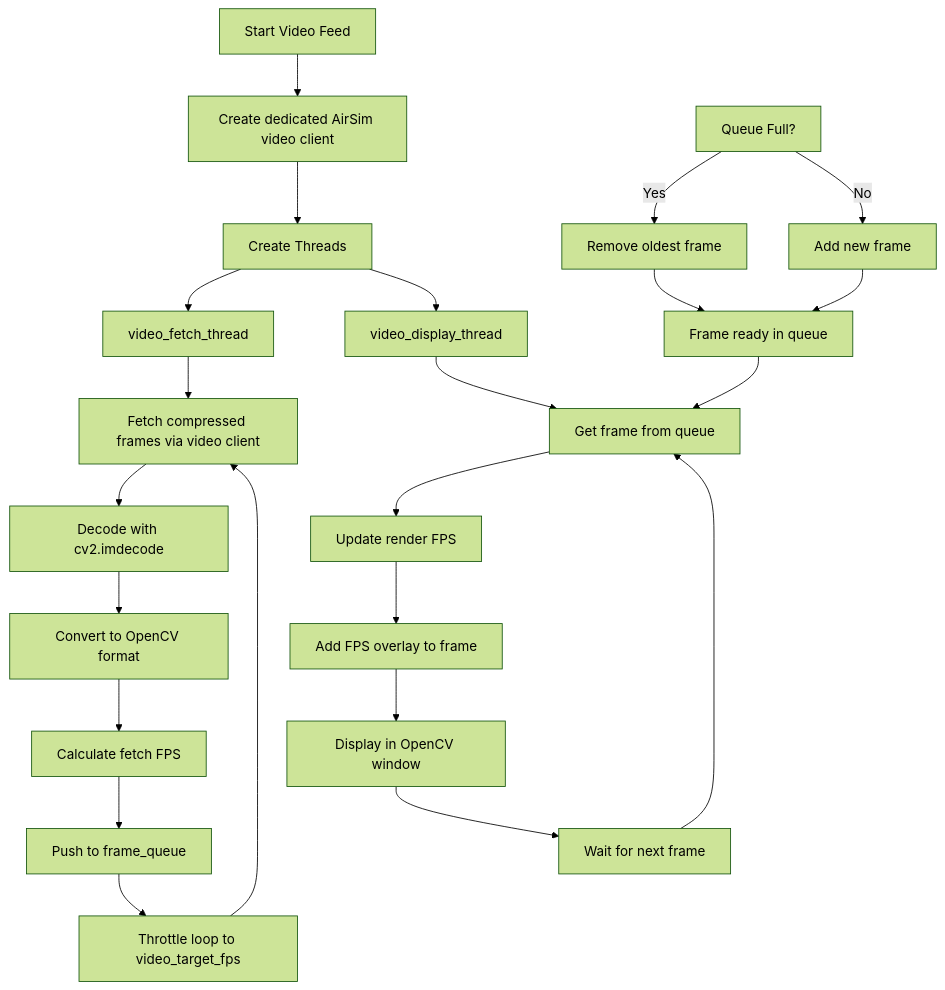
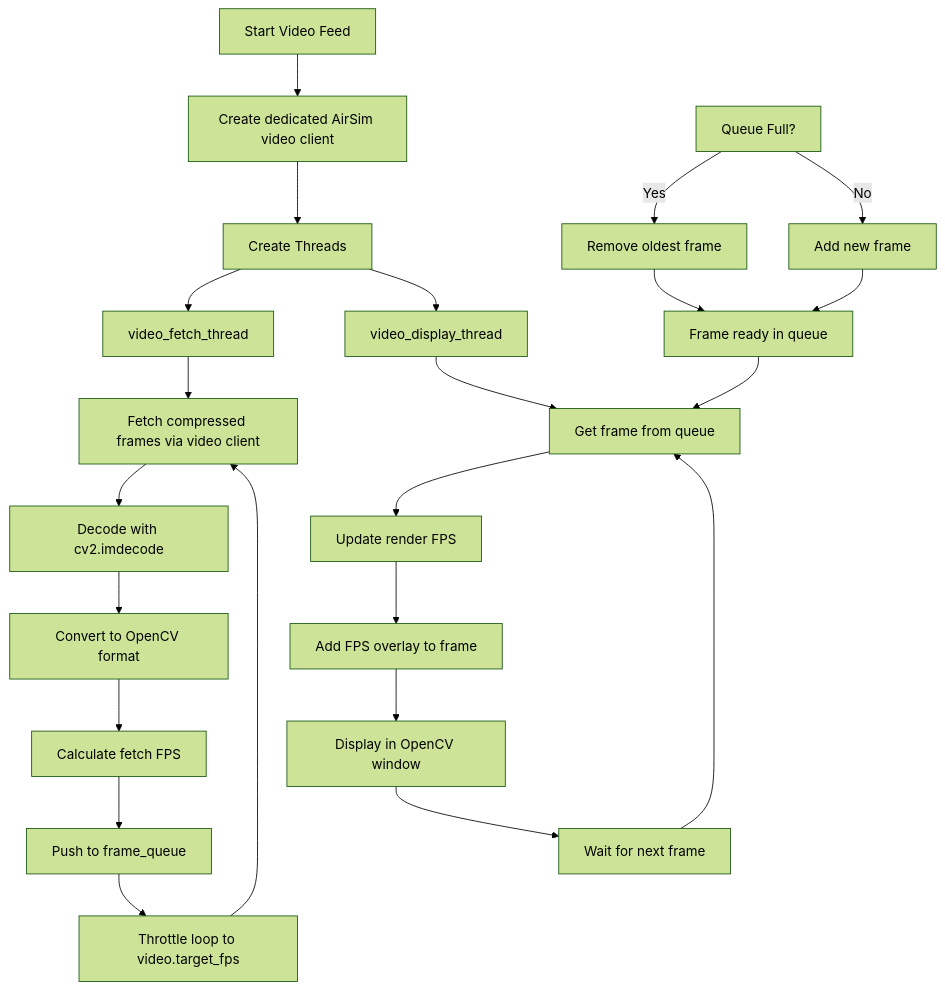
The diagram in docs/camera_pipeline.md (ammarmalik17/px4-airsim-ros2-control), drawn with Mermaid (forest theme) before and after one commit. The commit also changed 1 other file, not shown here.

Commit message:
docs: finish parameter rename in camera pipeline doc, document pytest runner
The mermaid diagram still labelled the fetch throttle with the old
video_target_fps attribute instead of the video.target_fps parameter.

Also record the colcon invocation that produces JUnit XML, so
`colcon test-result --verbose` reports the three tests instead of zero.

````diff
--- a/docs/camera_pipeline.md
+++ b/docs/camera_pipeline.md
@@ -14,25 +14,25 @@
 ```mermaid
 graph TD
     A[Start Video Feed] --> A2[Create dedicated AirSim video client]
     A2 --> B[Create Threads]
     B --> C[video_fetch_thread]
     B --> D[video_display_thread]
     C --> E[Fetch compressed frames via video client]
     E --> E2[Decode with cv2.imdecode]
     E2 --> F[Convert to OpenCV format]
     F --> G[Calculate fetch FPS]
     G --> H[Push to frame_queue]
-    H --> P2[Throttle loop to video_target_fps]
+    H --> P2[Throttle loop to video.target_fps]
     P2 --> E
     I[Queue Full?] -->|Yes| J[Remove oldest frame]
     I -->|No| K[Add new frame]
     J --> L[Frame ready in queue]
     K --> L
     D --> M[Get frame from queue]
     M --> N[Update render FPS]
     N --> O[Add FPS overlay to frame]
     O --> P[Display in OpenCV window]
     P --> Q[Wait for next frame]
     Q --> M
     L --> M
 ```
````
